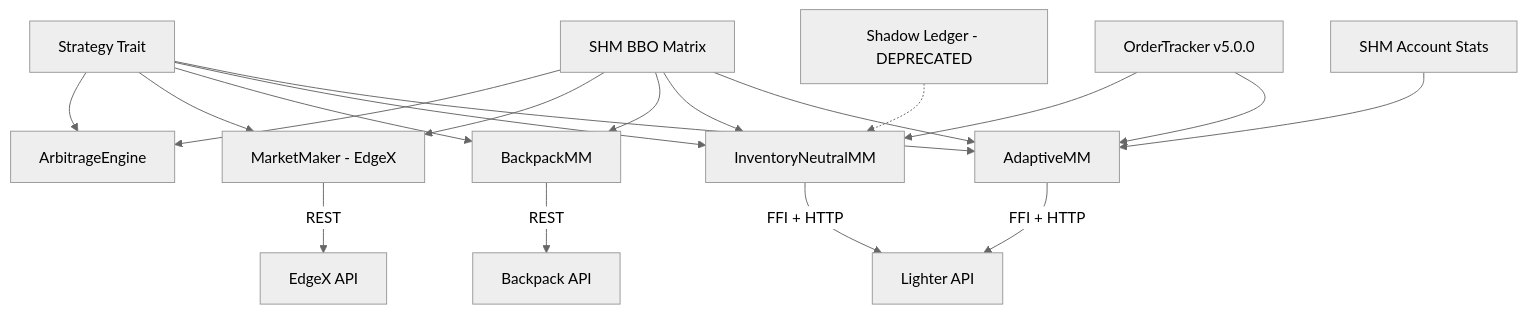
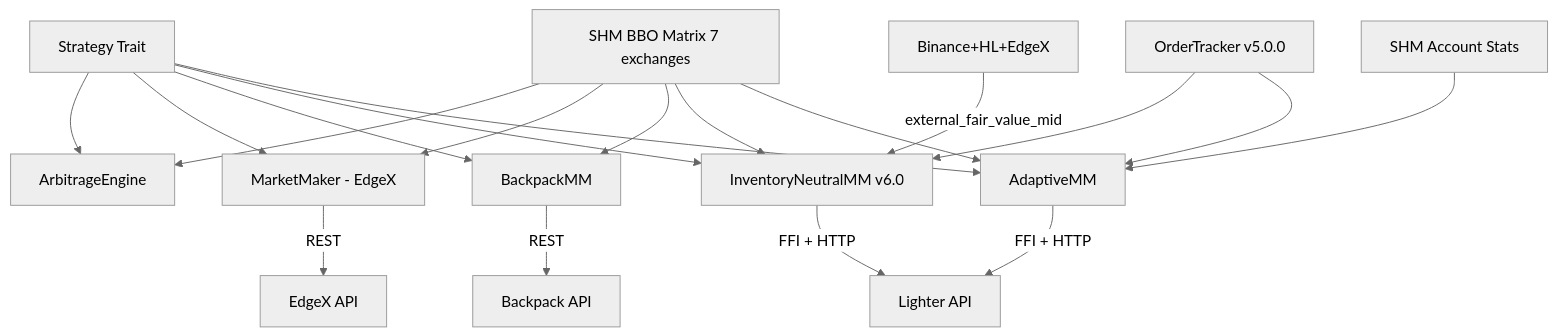
Before and after one commit to AlephTX/aleph-tx: the diagram in src/strategy/CLAUDE.md, drawn with Mermaid (neutral theme). The commit also changed other lines of this file and 4 other files, not shown here.

````diff
--- a/src/strategy/CLAUDE.md
+++ b/src/strategy/CLAUDE.md
@@ -34,17 +34,17 @@
 ```mermaid
 graph TD
     TRAIT[Strategy Trait] --> ARB[ArbitrageEngine]
     TRAIT --> MM[MarketMaker - EdgeX]
     TRAIT --> BPM[BackpackMM]
-    TRAIT --> LMM[InventoryNeutralMM]
+    TRAIT --> LMM[InventoryNeutralMM v6.0]
     TRAIT --> AMM[AdaptiveMM]
 
-    SHM[SHM BBO Matrix] --> ARB & MM & BPM & LMM & AMM
+    SHM[SHM BBO Matrix 7 exchanges] --> ARB & MM & BPM & LMM & AMM
+    BIN[Binance+HL+EdgeX] -->|external_fair_value_mid| LMM
     ACC[SHM Account Stats] --> AMM
     OT[OrderTracker v5.0.0] --> LMM & AMM
-    SL[Shadow Ledger - DEPRECATED] -.-> LMM
 
     LMM & AMM -->|FFI + HTTP| LIGHTER[Lighter API]
     MM -->|REST| EDGEX[EdgeX API]
     BPM -->|REST| BACKPACK[Backpack API]
 ```
````
